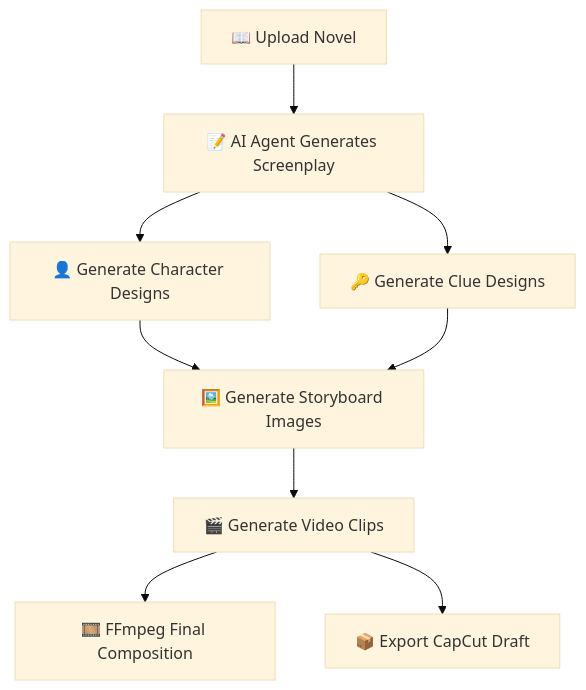
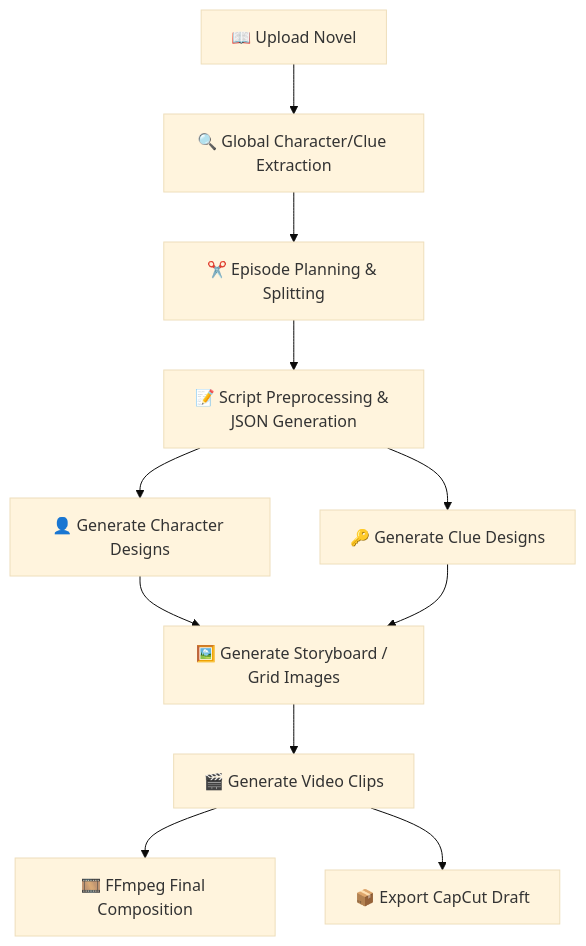
One commit to huiyang0325/C301 changed the first of 3 diagrams in README.en.md. Above: the diagram before and after it, drawn with Mermaid (base theme). The commit also changed other lines of this file and 3 other files, not shown here.

First line of the commit message:
docs: 更新 README 流程图、补充新功能，同步 CLAUDE.md/AGENTS.md 架构文档 (#257)

````diff
--- a/README.en.md
+++ b/README.en.md
@@ -74,11 +74,13 @@
 ```mermaid
 graph TD
-    A["📖 Upload Novel"] --> B["📝 AI Agent Generates Screenplay"]
-    B --> C["👤 Generate Character Designs"]
-    B --> D["🔑 Generate Clue Designs"]
-    C --> E["🖼️ Generate Storyboard Images"]
-    D --> E
-    E --> F["🎬 Generate Video Clips"]
-    F --> G["🎞️ FFmpeg Final Composition"]
-    F --> H["📦 Export CapCut Draft"]
+    A["📖 Upload Novel"] --> B["🔍 Global Character/Clue Extraction"]
+    B --> C["✂️ Episode Planning & Splitting"]
+    C --> D["📝 Script Preprocessing & JSON Generation"]
+    D --> E["👤 Generate Character Designs"]
+    D --> F["🔑 Generate Clue Designs"]
+    E --> G["🖼️ Generate Storyboard / Grid Images"]
+    F --> G
+    G --> H["🎬 Generate Video Clips"]
+    H --> I["🎞️ FFmpeg Final Composition"]
+    H --> J["📦 Export CapCut Draft"]
 ```
````
